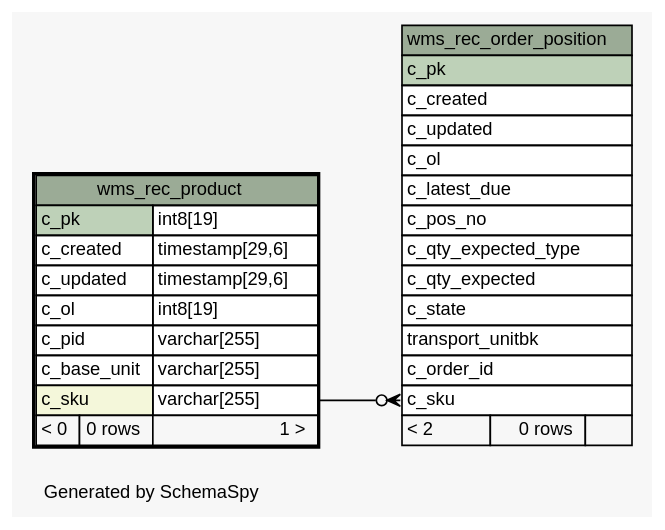
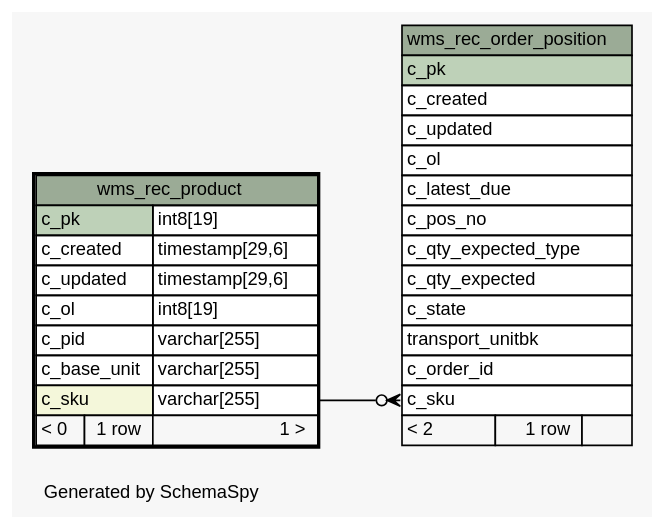
The diagram in schemaspy/diagrams/wms_rec_product.1degree.dot (openwms/org.openwms.wms.receiving.lib), drawn with Graphviz before and after one commit. The commit also changed 200 other files, not shown here.

```diff
--- a/schemaspy/diagrams/wms_rec_product.1degree.dot
+++ b/schemaspy/diagrams/wms_rec_product.1degree.dot
@@ -1,60 +1,60 @@
 // dot 2.36.0 on Linux 4.4.0-101-generic
 // SchemaSpy rev Unknown
 digraph "oneDegreeRelationshipsDiagram" {
   graph [
     rankdir="RL"
     bgcolor="#f7f7f7"
     label="\nGenerated by SchemaSpy"
     labeljust="l"
     nodesep="0.18"
     ranksep="0.46"
     fontname="Helvetica"
     fontsize="11"
   ];
   node [
     fontname="Helvetica"
     fontsize="11"
     shape="plaintext"
   ];
   edge [
     arrowsize="0.8"
   ];
   "wms_rec_order_position":"c_sku":w -> "wms_rec_product":"c_sku.type":e [arrowhead=none dir=back arrowtail=crowodot];
   "wms_rec_order_position" [
     label=<
     <TABLE BORDER="0" CELLBORDER="1" CELLSPACING="0" BGCOLOR="#ffffff">
       <TR><TD COLSPAN="3" BGCOLOR="#9bab96" ALIGN="CENTER">wms_rec_order_position</TD></TR>
       <TR><TD PORT="c_pk" COLSPAN="3" BGCOLOR="#bed1b8" ALIGN="LEFT">c_pk</TD></TR>
       <TR><TD PORT="c_created" COLSPAN="3" ALIGN="LEFT">c_created</TD></TR>
       <TR><TD PORT="c_updated" COLSPAN="3" ALIGN="LEFT">c_updated</TD></TR>
       <TR><TD PORT="c_ol" COLSPAN="3" ALIGN="LEFT">c_ol</TD></TR>
       <TR><TD PORT="c_latest_due" COLSPAN="3" ALIGN="LEFT">c_latest_due</TD></TR>
       <TR><TD PORT="c_pos_no" COLSPAN="3" ALIGN="LEFT">c_pos_no</TD></TR>
       <TR><TD PORT="c_qty_expected_type" COLSPAN="3" ALIGN="LEFT">c_qty_expected_type</TD></TR>
       <TR><TD PORT="c_qty_expected" COLSPAN="3" ALIGN="LEFT">c_qty_expected</TD></TR>
       <TR><TD PORT="c_state" COLSPAN="3" ALIGN="LEFT">c_state</TD></TR>
       <TR><TD PORT="transport_unitbk" COLSPAN="3" ALIGN="LEFT">transport_unitbk</TD></TR>
       <TR><TD PORT="c_order_id" COLSPAN="3" ALIGN="LEFT">c_order_id</TD></TR>
       <TR><TD PORT="c_sku" COLSPAN="3" ALIGN="LEFT">c_sku</TD></TR>
-      <TR><TD ALIGN="LEFT" BGCOLOR="#f7f7f7">&lt; 2</TD><TD ALIGN="RIGHT" BGCOLOR="#f7f7f7">0 rows</TD><TD ALIGN="RIGHT" BGCOLOR="#f7f7f7">  </TD></TR>
+      <TR><TD ALIGN="LEFT" BGCOLOR="#f7f7f7">&lt; 2</TD><TD ALIGN="RIGHT" BGCOLOR="#f7f7f7">1 row</TD><TD ALIGN="RIGHT" BGCOLOR="#f7f7f7">  </TD></TR>
     </TABLE>>
     URL="wms_rec_order_position.html"
     tooltip="wms_rec_order_position"
   ];
   "wms_rec_product" [
     label=<
     <TABLE BORDER="2" CELLBORDER="1" CELLSPACING="0" BGCOLOR="#ffffff">
       <TR><TD COLSPAN="3" BGCOLOR="#9bab96" ALIGN="CENTER">wms_rec_product</TD></TR>
       <TR><TD PORT="c_pk" COLSPAN="2" BGCOLOR="#bed1b8" ALIGN="LEFT">c_pk</TD><TD PORT="c_pk.type" ALIGN="LEFT">int8[19]</TD></TR>
       <TR><TD PORT="c_created" COLSPAN="2" ALIGN="LEFT">c_created</TD><TD PORT="c_created.type" ALIGN="LEFT">timestamp[29,6]</TD></TR>
       <TR><TD PORT="c_updated" COLSPAN="2" ALIGN="LEFT">c_updated</TD><TD PORT="c_updated.type" ALIGN="LEFT">timestamp[29,6]</TD></TR>
       <TR><TD PORT="c_ol" COLSPAN="2" ALIGN="LEFT">c_ol</TD><TD PORT="c_ol.type" ALIGN="LEFT">int8[19]</TD></TR>
       <TR><TD PORT="c_pid" COLSPAN="2" ALIGN="LEFT">c_pid</TD><TD PORT="c_pid.type" ALIGN="LEFT">varchar[255]</TD></TR>
       <TR><TD PORT="c_base_unit" COLSPAN="2" ALIGN="LEFT">c_base_unit</TD><TD PORT="c_base_unit.type" ALIGN="LEFT">varchar[255]</TD></TR>
       <TR><TD PORT="c_sku" COLSPAN="2" BGCOLOR="#f4f7da" ALIGN="LEFT">c_sku</TD><TD PORT="c_sku.type" ALIGN="LEFT">varchar[255]</TD></TR>
-      <TR><TD ALIGN="LEFT" BGCOLOR="#f7f7f7">&lt; 0</TD><TD ALIGN="RIGHT" BGCOLOR="#f7f7f7">0 rows</TD><TD ALIGN="RIGHT" BGCOLOR="#f7f7f7">1 &gt;</TD></TR>
+      <TR><TD ALIGN="LEFT" BGCOLOR="#f7f7f7">&lt; 0</TD><TD ALIGN="RIGHT" BGCOLOR="#f7f7f7">1 row</TD><TD ALIGN="RIGHT" BGCOLOR="#f7f7f7">1 &gt;</TD></TR>
     </TABLE>>
     URL="wms_rec_product.html"
     tooltip="wms_rec_product"
   ];
 }
```
